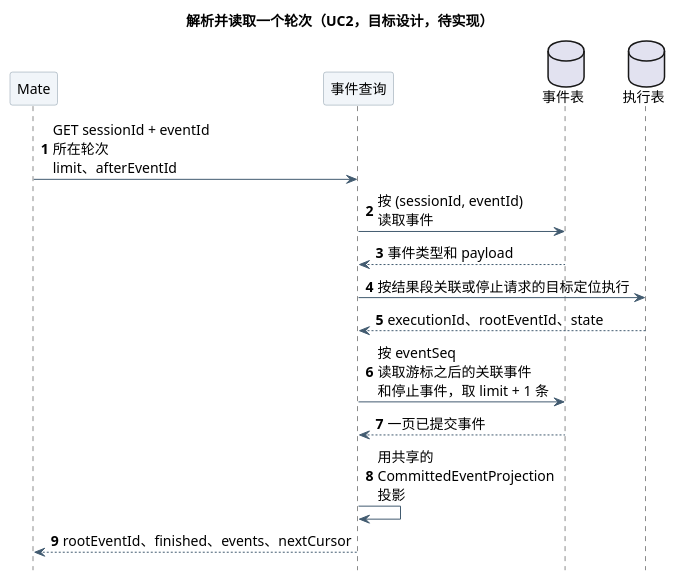
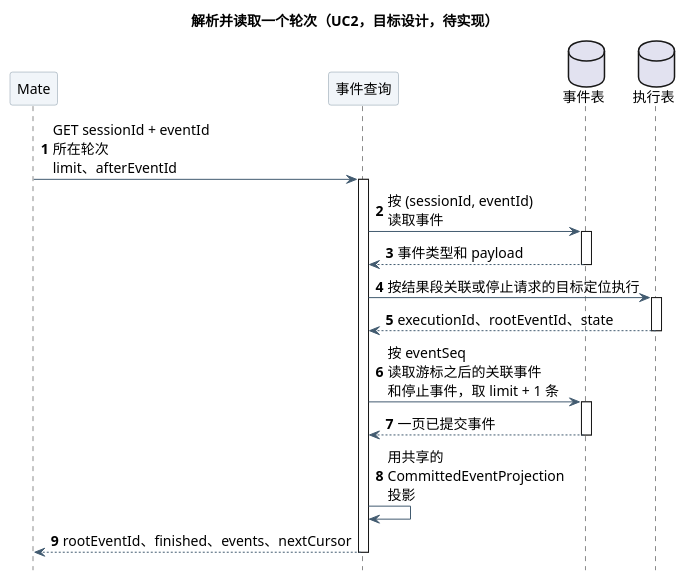
Before and after one commit to ssm0808/pi-mono-java-design: the second of 3 diagrams in 01-总体架构/01-CampusClaw多Agent运行时/设计图/Agent用户事件查询/diagram.puml, drawn with PlantUML. The commit also changed other lines of this file and 5 other files, not shown here.

First line of the commit message:
docs(runtime): 用户事件时序图补齐激活条与返回

```diff
--- a/01-总体架构/01-CampusClaw多Agent运行时/设计图/Agent用户事件查询/diagram.puml
+++ b/01-总体架构/01-CampusClaw多Agent运行时/设计图/Agent用户事件查询/diagram.puml
@@ -44,36 +59,44 @@
 @startuml event_turn_resolution
 ' 源码证据：pi-mono-java main 769e86592285f4a25b0febaf551eddea6bc7212c
 ' modules/coding-agent-cli/src/main/java/com/campusclaw/codingagent/runtimeapi/
 ' persistence/RuntimeExecutionPersistenceService.java:acceptMessage,acceptInterrupt,appendEntry
 ' persistence/MyBatisRuntimeExecutionControlRepository.java:linkCommittedEvent,appendToSegment,markTerminal
 ' event/RuntimeCompactionEventProjector.java:persistCompaction
 ' modules/coding-agent-cli/src/main/resources/mapper/session/RuntimeSessionMapper.xml:findCommittedEvent
 ' 已观察行为：user.message、续跑、Agent 输出和 idle 都关联到结果段；
 ' user.interrupt 只保存 targetEventId；执行内自动压缩尚未关联。
 ' 设计原因：复用根执行作为轮次身份，不新增轮次表。
 skinparam backgroundColor white
 skinparam defaultFontName SansSerif
 skinparam defaultFontSize 14
 skinparam shadowing false
 skinparam ArrowColor #425B70
 skinparam sequenceParticipantBackgroundColor #F1F5F9
 skinparam sequenceParticipantBorderColor #8496A4
 skinparam sequenceMessageAlign left
 skinparam maxMessageSize 190
 hide footbox
 autonumber
 title 解析并读取一个轮次（UC2，目标设计，待实现）
 participant "Mate" as Mate
 participant "事件查询" as Query
 database "事件表" as Events
 database "执行表" as Exec
 Mate -> Query : GET sessionId + eventId 所在轮次\nlimit、afterEventId
+activate Query
 Query -> Events : 按 (sessionId, eventId) 读取事件
+activate Events
 Events --> Query : 事件类型和 payload
+deactivate Events
 Query -> Exec : 按结果段关联或停止请求的目标定位执行
+activate Exec
 Exec --> Query : executionId、rootEventId、state
+deactivate Exec
 Query -> Events : 按 eventSeq 读取游标之后的关联事件\n和停止事件，取 limit + 1 条
+activate Events
 Events --> Query : 一页已提交事件
+deactivate Events
 Query -> Query : 用共享的 CommittedEventProjection 投影
 Query --> Mate : rootEventId、finished、events、nextCursor
+deactivate Query
 @enduml
```
